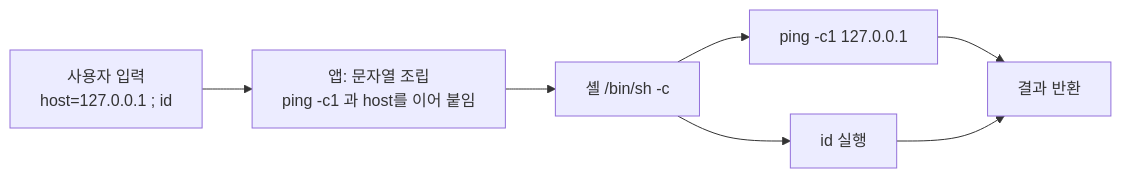
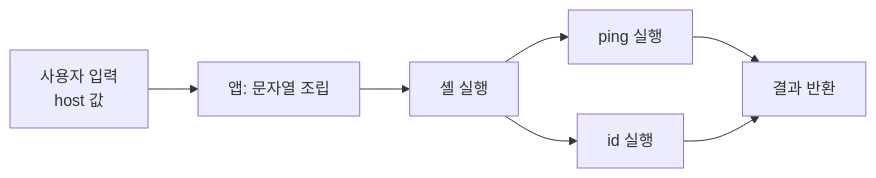
One commit to logiciris/logiciris.github.io changed the diagram in _notes/os-command-injection.md. Above: the diagram before and after it, drawn with Mermaid. The commit also changed 28 other files, not shown here.

Commit message:
Notes batches 1-2: qa fixes (accuracy, links, mermaid labels)

````diff
--- a/_notes/os-command-injection.md
+++ b/_notes/os-command-injection.md
@@ -23,9 +23,9 @@
 ```mermaid
 flowchart LR
-    A["사용자 입력<br/>host=127.0.0.1 ; id"] --> B["앱: 문자열 조립<br/>ping -c1 과 host를 이어 붙임"]
-    B --> C["셸 /bin/sh -c"]
-    C --> D["ping -c1 127.0.0.1"]
+    A["사용자 입력<br/>host 값"] --> B["앱: 문자열 조립"]
+    B --> C["셸 실행"]
+    C --> D["ping 실행"]
     C --> E["id 실행"]
     D --> F["결과 반환"]
     E --> F
 ```
````
